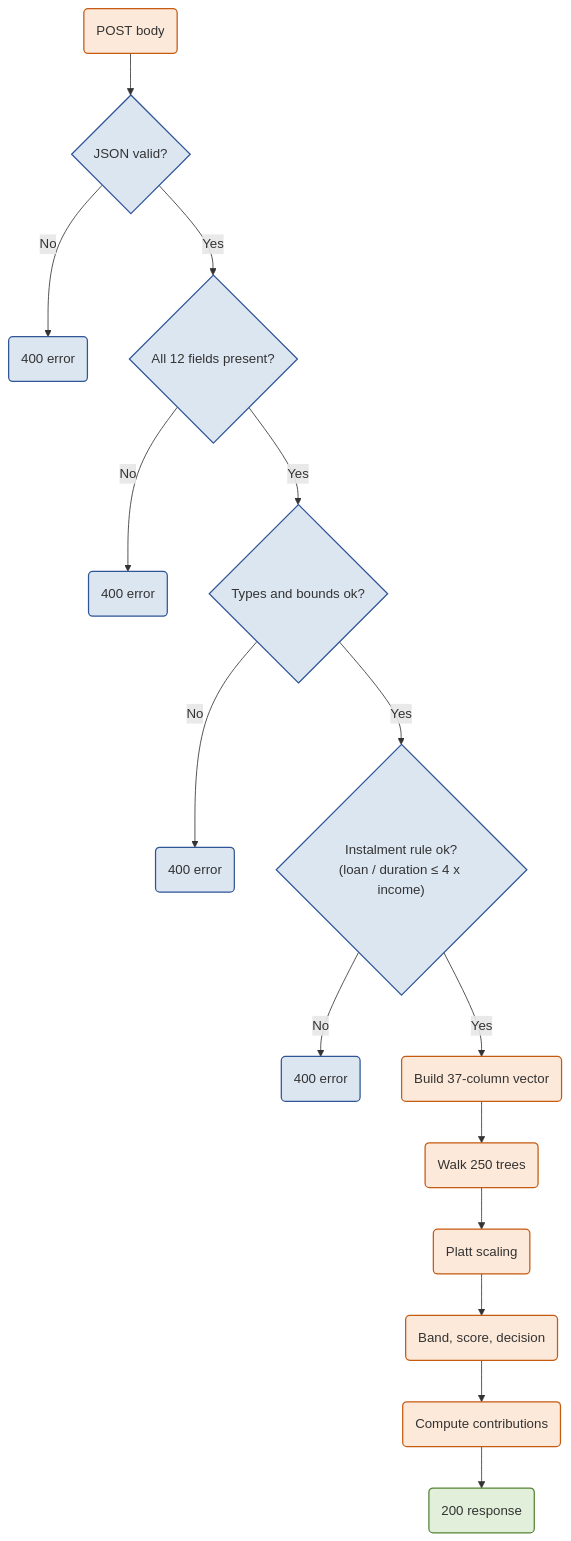
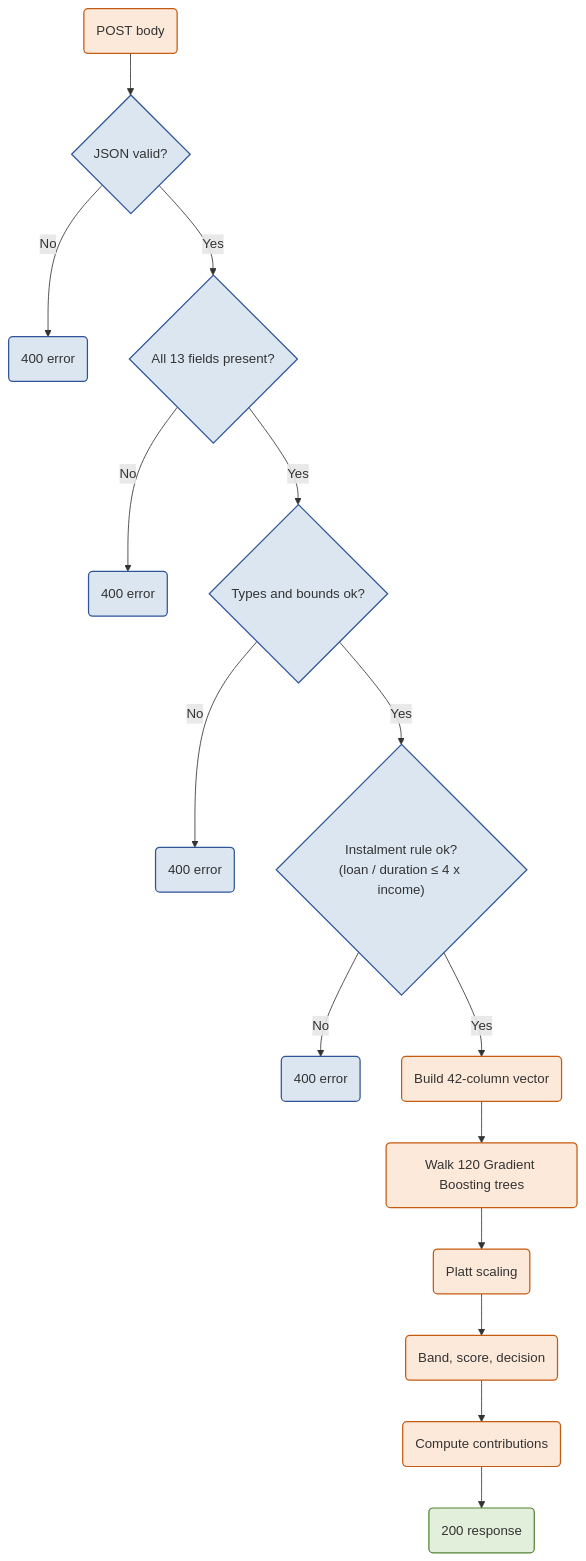
The diagram in report/diagrams/fig-3-8-predict-flow.mmd (gursimrannkaurr/credoscore), drawn with Mermaid before and after one commit. The commit also changed 28 other files, not shown here.

```diff
--- a/report/diagrams/fig-3-8-predict-flow.mmd
+++ b/report/diagrams/fig-3-8-predict-flow.mmd
@@ -1,23 +1,23 @@
 flowchart TD
     A("POST body") --> B{"JSON valid?"}
     B -- "No" --> E400A("400 error")
-    B -- "Yes" --> C{"All 12 fields present?"}
+    B -- "Yes" --> C{"All 13 fields present?"}
     C -- "No" --> E400B("400 error")
     C -- "Yes" --> D{"Types and bounds ok?"}
     D -- "No" --> E400C("400 error")
     D -- "Yes" --> F{"Instalment rule ok?<br/>(loan / duration &le; 4 x income)"}
     F -- "No" --> E400D("400 error")
-    F -- "Yes" --> G("Build 37-column vector")
-    G --> H("Walk 250 trees")
+    F -- "Yes" --> G("Build 42-column vector")
+    G --> H("Walk 120 Gradient Boosting trees")
     H --> I("Platt scaling")
     I --> J("Band, score, decision")
     J --> K("Compute contributions")
     K --> L("200 response")
 
     classDef root fill:#FDE9D9,stroke:#C55A11,stroke-width:1.5px;
     classDef mid fill:#DCE6F1,stroke:#2F5597,stroke-width:1.5px;
     classDef leaf fill:#E2EFDA,stroke:#548235,stroke-width:1.5px;
 
     class A,G,H,I,J,K root
     class B,C,D,F,E400A,E400B,E400C,E400D mid
     class L leaf
```
